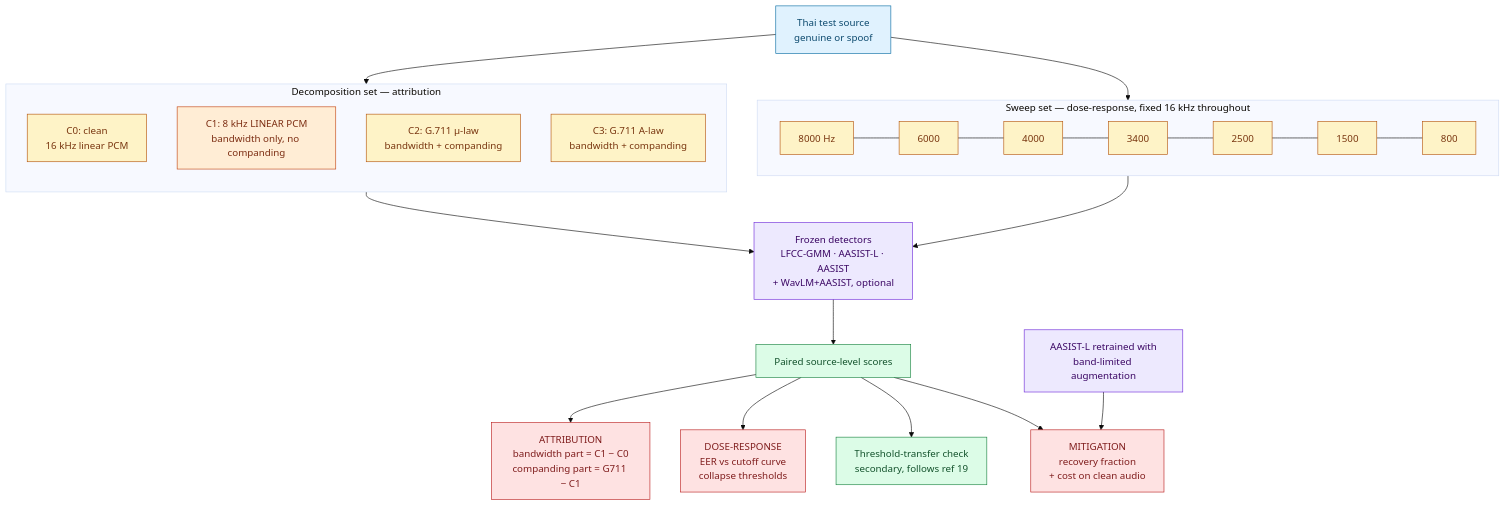
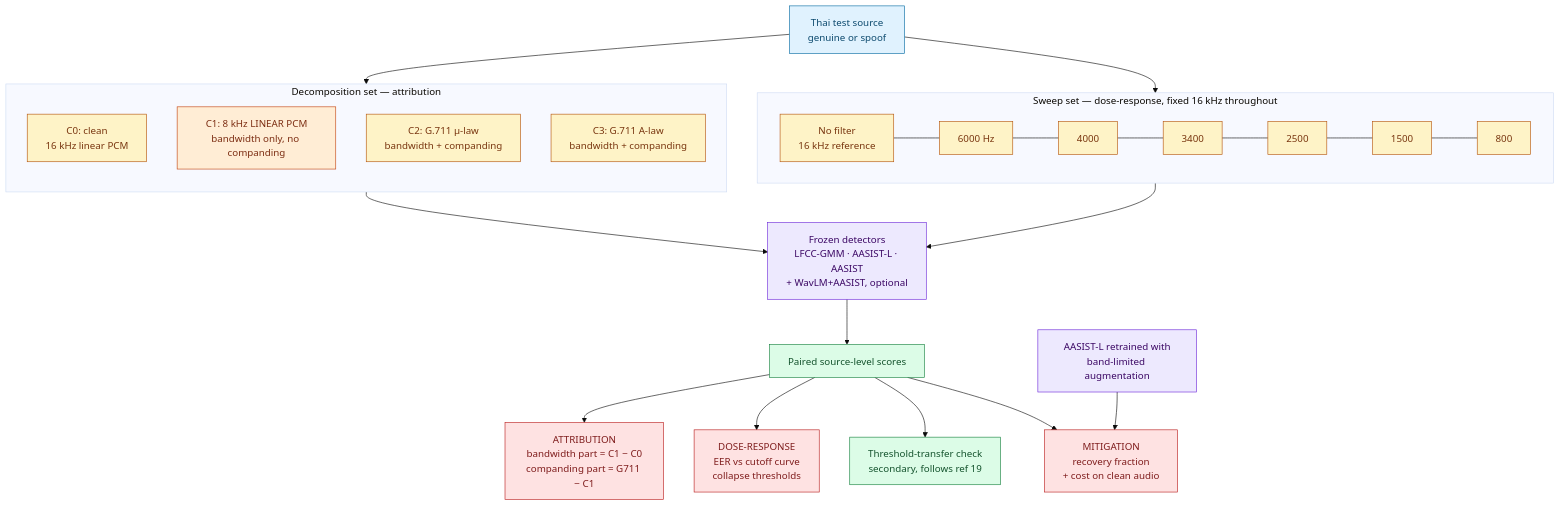
Before and after one commit to punyopan/ysc: the diagram in docs/architecture.mmd, drawn with Mermaid (base theme). The commit also changed 9 other files, not shown here.

```diff
--- a/docs/architecture.mmd
+++ b/docs/architecture.mmd
@@ -1,41 +1,41 @@
 flowchart TB
     A[Thai test source<br/>genuine or spoof] --> DEC
     A --> SW
 
     subgraph DEC [Decomposition set — attribution]
         direction TB
         C0[C0: clean<br/>16 kHz linear PCM]
         C1[C1: 8 kHz LINEAR PCM<br/>bandwidth only, no companding]
         C2[C2: G.711 μ-law<br/>bandwidth + companding]
         C3[C3: G.711 A-law<br/>bandwidth + companding]
     end
 
     subgraph SW [Sweep set — dose-response, fixed 16 kHz throughout]
         direction LR
-        S1[8000 Hz] --- S2[6000] --- S3[4000] --- S4[3400] --- S5[2500] --- S6[1500] --- S7[800]
+        S1[No filter<br/>16 kHz reference] --- S2[6000 Hz] --- S3[4000] --- S4[3400] --- S5[2500] --- S6[1500] --- S7[800]
     end
 
     DEC --> D[Frozen detectors<br/>LFCC-GMM · AASIST-L · AASIST<br/>+ WavLM+AASIST, optional]
     SW --> D
 
     D --> E[Paired source-level scores]
 
     E --> R1[ATTRIBUTION<br/>bandwidth part = C1 − C0<br/>companding part = G711 − C1]
     E --> R2[DOSE-RESPONSE<br/>EER vs cutoff curve<br/>collapse thresholds]
     E --> R4[Threshold-transfer check<br/>secondary, follows ref 19]
 
     AUG[AASIST-L retrained with<br/>band-limited augmentation] --> R3[MITIGATION<br/>recovery fraction<br/>+ cost on clean audio]
     E --> R3
 
     classDef source fill:#e0f2fe,stroke:#0369a1,color:#0c4a6e;
     classDef condition fill:#fef3c7,stroke:#b45309,color:#78350f;
     classDef control fill:#ffedd5,stroke:#c2410c,color:#7c2d12;
     classDef detector fill:#ede9fe,stroke:#6d28d9,color:#3b0764;
     classDef analysis fill:#dcfce7,stroke:#15803d,color:#14532d;
     classDef primary fill:#fee2e2,stroke:#b91c1c,color:#7f1d1d;
     class A source;
     class C0,C2,C3,S1,S2,S3,S4,S5,S6,S7 condition;
     class C1 control;
     class D,AUG detector;
     class E,R4 analysis;
     class R1,R2,R3 primary;
```
